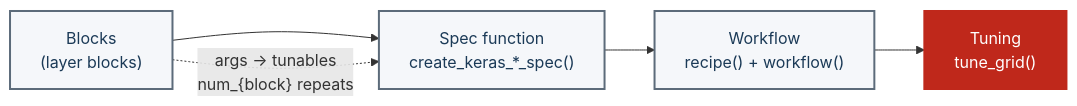
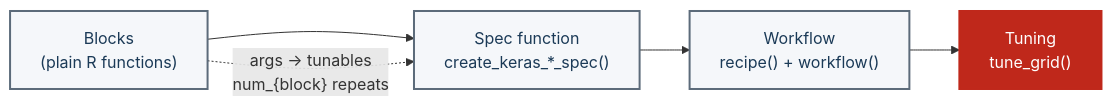
The first of 2 diagrams in presentations/madrid-2-2026/index.qmd (davidrsch/kerasnip_presentations), drawn with Mermaid before and after one commit. The commit also changed other lines of this file, not shown here.

````diff
--- a/presentations/madrid-2-2026/index.qmd
+++ b/presentations/madrid-2-2026/index.qmd
@@ -405,15 +356,15 @@
 ```{mermaid}
 %%| fig-align: center
- 
+
 flowchart LR
   classDef step fill:#f5f7fa,stroke:#5c6b7a,color:#1b3a57,stroke-width:2px;
   classDef tune fill:#BF281B,stroke:#BF281B,color:#ffffff,stroke-width:2px;
 
-  A["Blocks<br/>(layer blocks)"] --> B["Spec function<br/>create_keras_*_spec()"]
+  A["Blocks<br/>(plain R functions)"] --> B["Spec function<br/>create_keras_*_spec()"]
   B --> C["Workflow<br/>recipe() + workflow()"]
   C --> D["Tuning<br/>tune_grid()"]
   A -. "args → tunables<br/>num_{block} repeats" .-> B
 
   class A,B,C step;
   class D tune;
 ```
````
